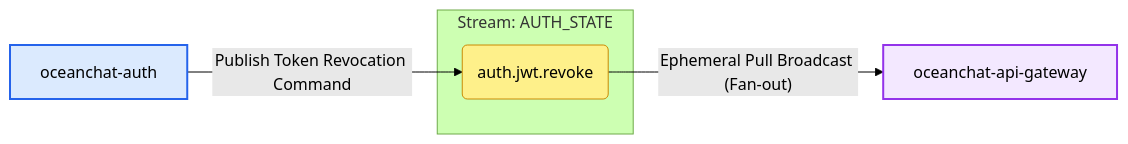
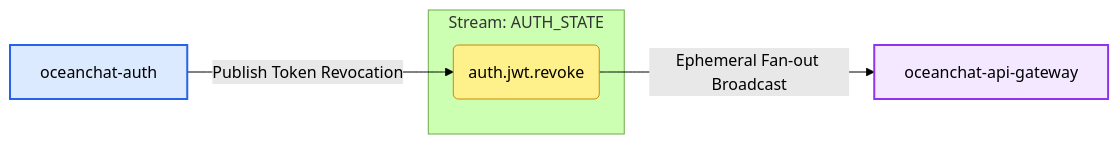
Before and after one commit to JamesWilson19970101/ocean.chat.docs: the fourth of 12 diagrams in docs/devdocs/jetstream-strategy.md, drawn with Mermaid (forest theme). The commit also changed other lines of this file and 5 other files, not shown here.

First line of the commit message:
docs(architecture): update JetStream strategy, microservices and ADRs

````diff
--- a/docs/devdocs/jetstream-strategy.md
+++ b/docs/devdocs/jetstream-strategy.md
@@ -190,16 +181,16 @@
 ```mermaid
 flowchart LR
   classDef gateway fill:#f3e8ff,stroke:#9333ea,stroke-width:2px,color:#000;
   classDef service fill:#dbeafe,stroke:#2563eb,stroke-width:2px,color:#000;
   classDef subject fill:#fef08a,stroke:#ca8a04,stroke-width:1px,color:#000;
 
   P[oceanchat-auth]:::service
   C[oceanchat-api-gateway]:::gateway
 
   subgraph Stream: AUTH_STATE
     SUB(auth.jwt.revoke):::subject
   end
 
-  P -- Publish Token Revocation Command --> SUB
-  SUB -- Ephemeral Pull Broadcast (Fan-out) --> C
+  P -- Publish Token Revocation --> SUB
+  SUB -- Ephemeral Fan-out Broadcast --> C
 ```
````
